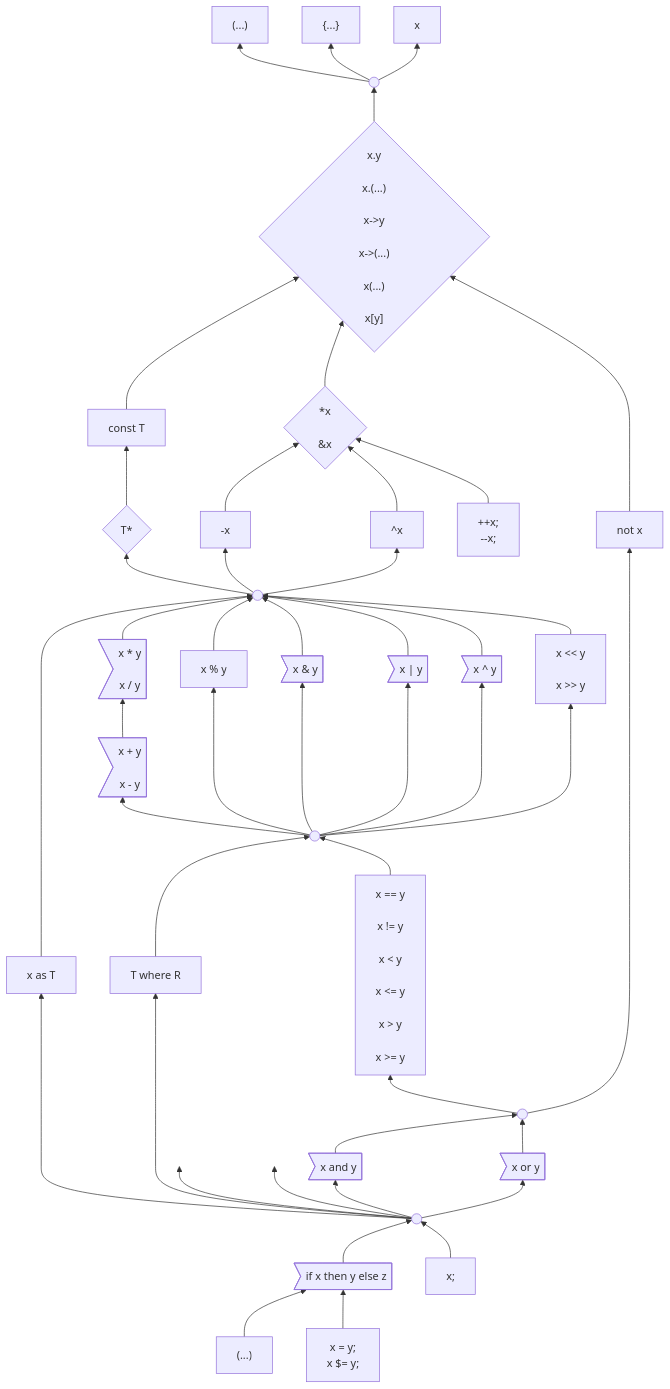
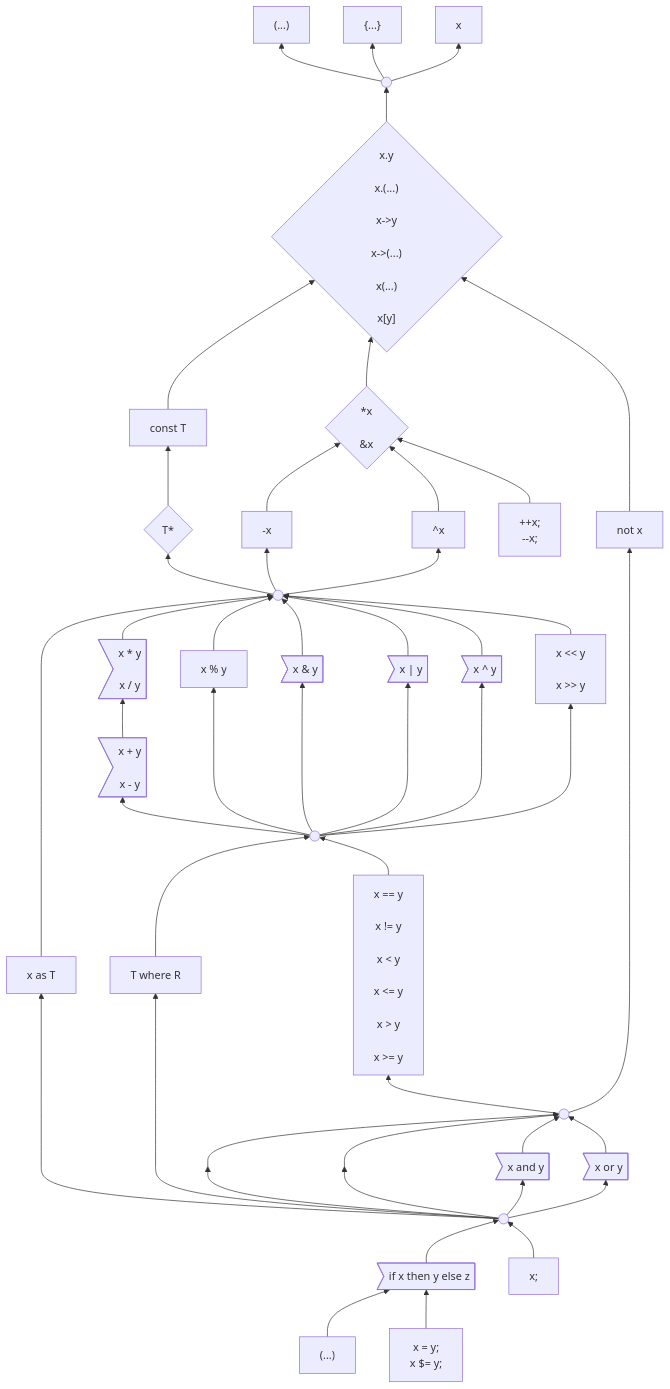
Before and after one commit to carbon-language/carbon-lang: the first of 3 diagrams in docs/design/expressions/README.md, drawn with Mermaid.

Commit message:
Checkpoint progress.

```diff
--- a/docs/design/expressions/README.md
+++ b/docs/design/expressions/README.md
@@ -179,6 +179,7 @@
     %% comparison ----> as
     logicalOperand --> comparison
     logicalOperand-------> not
+    HIDDEN:::hidden & HIDDEN2:::hidden --> logicalOperand
     and & or --> logicalOperand
     logicalExpression ----> as
     logicalExpression ----> where
```
